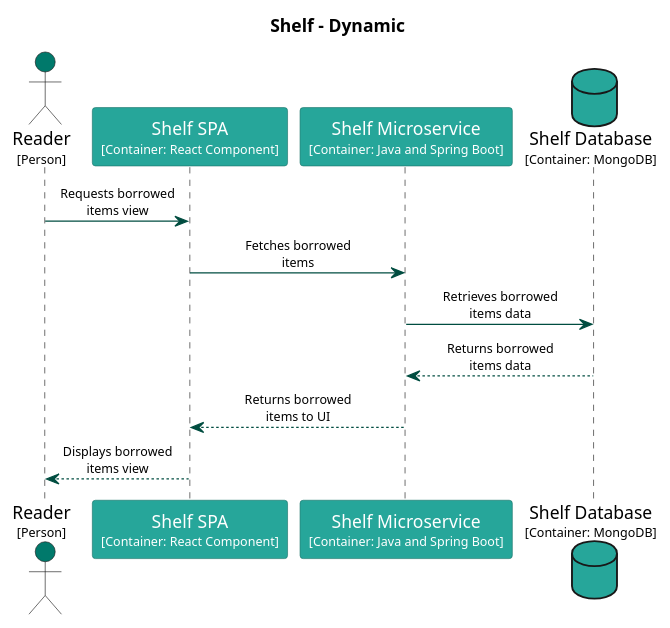
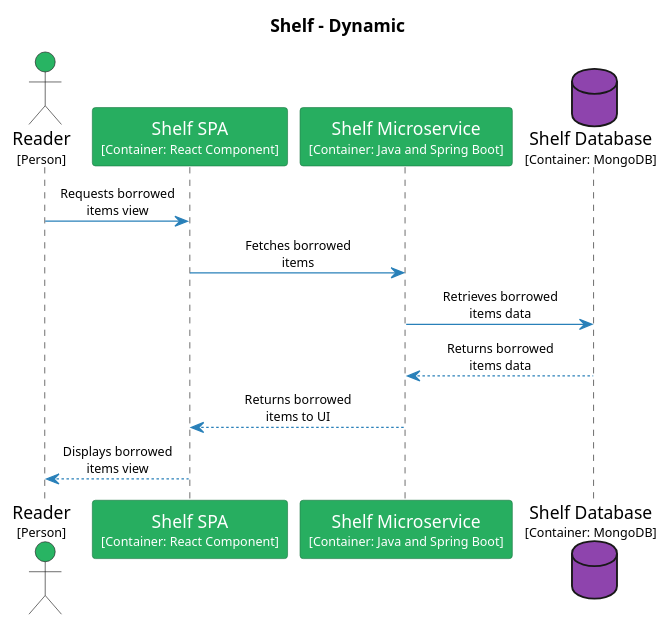
One commit to Goodmorning918/E-Library-Architecture changed the diagram in main/puml/present-books-from-reader-shelf.puml. Above: the diagram before and after it, drawn with PlantUML. The commit also changed 169 other files, not shown here.

Commit message:
Deploying to gh-pages from @ Goodmorning918/E-Library-Architecture@5575a2e2585bacf25a31136d9ee4edd99183c80b 🚀

```diff
--- a/main/puml/present-books-from-reader-shelf.puml
+++ b/main/puml/present-books-from-reader-shelf.puml
@@ -1,49 +1,49 @@
 @startuml
 set separator none
 title Shelf - Dynamic
 
 skinparam {
   arrowFontSize 10
   defaultTextAlignment center
   wrapWidth 200
   maxMessageSize 100
 }
 
 hide stereotype
 
 skinparam sequenceParticipant<<Reader>> {
-  BackgroundColor #00796b
+  BackgroundColor #28b463
   FontColor #ffffff
-  BorderColor #00544a
+  BorderColor #1c7d45
   shadowing false
 }
 skinparam sequenceParticipant<<Shelf.ShelfDatabase>> {
-  BackgroundColor #26a69a
+  BackgroundColor #8e44ad
   FontColor #ffffff
-  BorderColor #1a746b
+  BorderColor #632f79
   shadowing false
 }
 skinparam sequenceParticipant<<Shelf.ShelfMicroservice>> {
-  BackgroundColor #26a69a
+  BackgroundColor #27ae60
   FontColor #ffffff
-  BorderColor #1a746b
+  BorderColor #1b7943
   shadowing false
 }
 skinparam sequenceParticipant<<Shelf.ShelfSPA>> {
-  BackgroundColor #26a69a
+  BackgroundColor #27ae60
   FontColor #ffffff
-  BorderColor #1a746b
+  BorderColor #1b7943
   shadowing false
 }
 
-actor "Reader\n<size:10>[Person]</size>" as Reader <<Reader>> #00796b
-participant "Shelf SPA\n<size:10>[Container: React Component]</size>" as Shelf.ShelfSPA <<Shelf.ShelfSPA>> #26a69a
-participant "Shelf Microservice\n<size:10>[Container: Java and Spring Boot]</size>" as Shelf.ShelfMicroservice <<Shelf.ShelfMicroservice>> #26a69a
-database "Shelf Database\n<size:10>[Container: MongoDB]</size>" as Shelf.ShelfDatabase <<Shelf.ShelfDatabase>> #26a69a
-Reader -[#004d40]> Shelf.ShelfSPA : Requests borrowed items view
-Shelf.ShelfSPA -[#004d40]> Shelf.ShelfMicroservice : Fetches borrowed items
-Shelf.ShelfMicroservice -[#004d40]> Shelf.ShelfDatabase : Retrieves borrowed items data
-Shelf.ShelfMicroservice <-[#004d40]- Shelf.ShelfDatabase : Returns borrowed items data
-Shelf.ShelfSPA <-[#004d40]- Shelf.ShelfMicroservice : Returns borrowed items to UI
-Reader <-[#004d40]- Shelf.ShelfSPA : Displays borrowed items view
+actor "Reader\n<size:10>[Person]</size>" as Reader <<Reader>> #28b463
+participant "Shelf SPA\n<size:10>[Container: React Component]</size>" as Shelf.ShelfSPA <<Shelf.ShelfSPA>> #27ae60
+participant "Shelf Microservice\n<size:10>[Container: Java and Spring Boot]</size>" as Shelf.ShelfMicroservice <<Shelf.ShelfMicroservice>> #27ae60
+database "Shelf Database\n<size:10>[Container: MongoDB]</size>" as Shelf.ShelfDatabase <<Shelf.ShelfDatabase>> #8e44ad
+Reader -[#2980b9]> Shelf.ShelfSPA : Requests borrowed items view
+Shelf.ShelfSPA -[#2980b9]> Shelf.ShelfMicroservice : Fetches borrowed items
+Shelf.ShelfMicroservice -[#2980b9]> Shelf.ShelfDatabase : Retrieves borrowed items data
+Shelf.ShelfMicroservice <-[#2980b9]- Shelf.ShelfDatabase : Returns borrowed items data
+Shelf.ShelfSPA <-[#2980b9]- Shelf.ShelfMicroservice : Returns borrowed items to UI
+Reader <-[#2980b9]- Shelf.ShelfSPA : Displays borrowed items view
 @enduml
```
